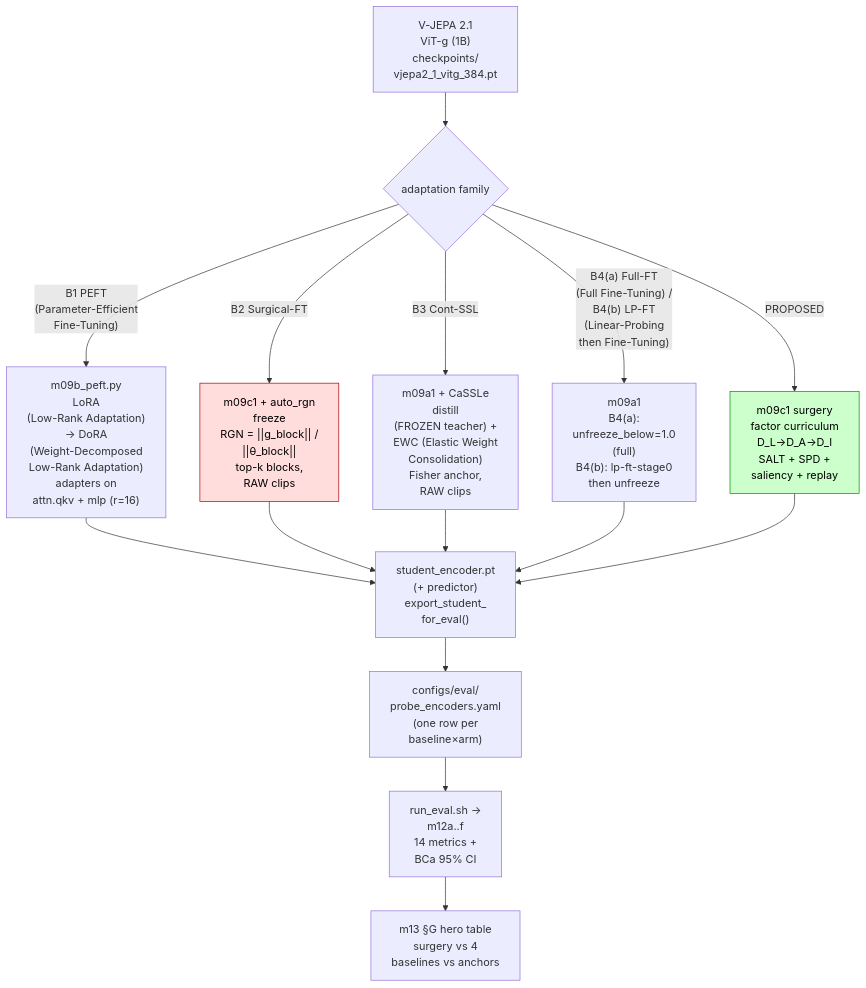
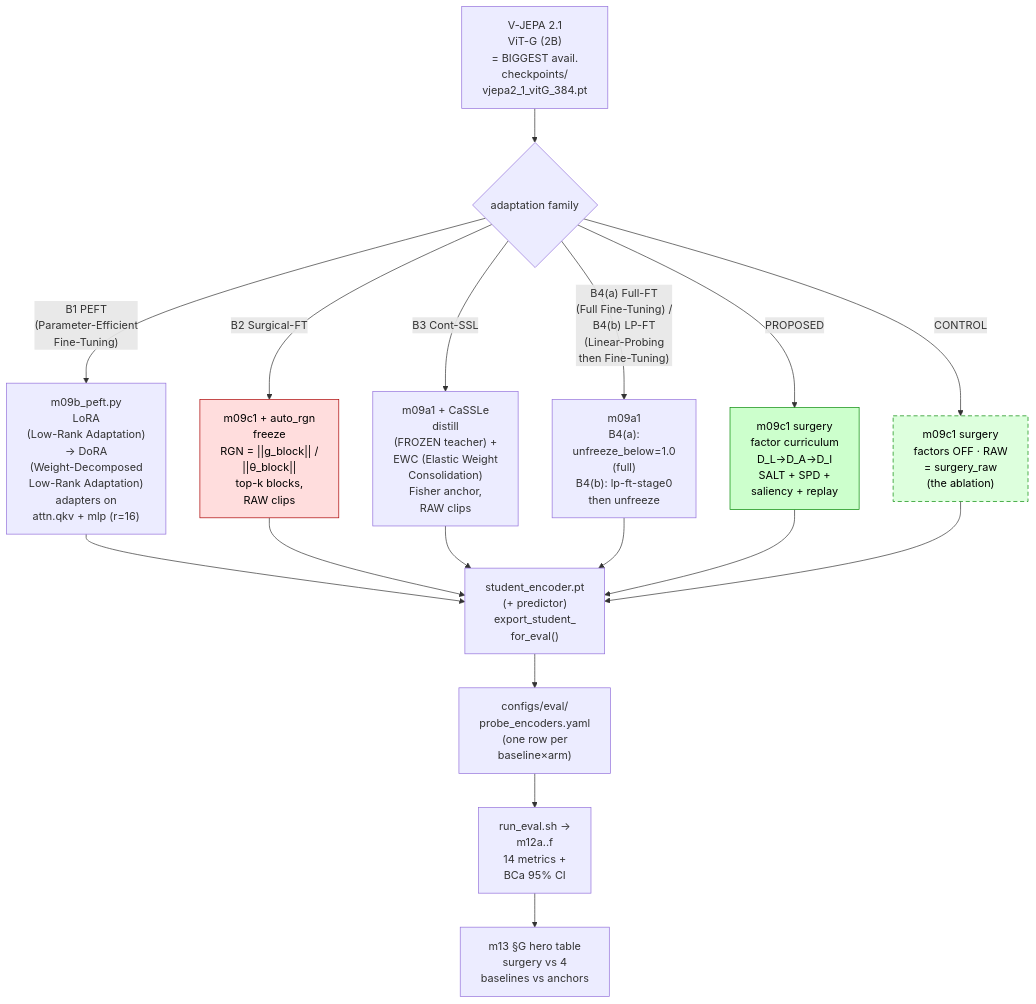
The second of 3 diagrams in iter/iter18_ablations_FTtechniues/plan_baselines_roadmap.md (kapilw25/LLM_asAgent_3D_SR), drawn with Mermaid before and after one commit. The commit also changed other lines of this file and 22 other files, not shown here.

````diff
--- a/iter/iter18_ablations_FTtechniues/plan_baselines_roadmap.md
+++ b/iter/iter18_ablations_FTtechniues/plan_baselines_roadmap.md
@@ -196,18 +202,20 @@
 ```mermaid
 flowchart TD
-    CKPT["V-JEPA 2.1<br>ViT-g (1B)<br>checkpoints/<br>vjepa2_1_vitg_384.pt"] --> SEL{adaptation family}
+    CKPT["V-JEPA 2.1<br>ViT-G (2B)<br>= BIGGEST avail.<br>checkpoints/<br>vjepa2_1_vitG_384.pt"] --> SEL{adaptation family}
 
     SEL -->|"B1 PEFT<br>(Parameter-Efficient<br>Fine-Tuning)"| B1["m09b_peft.py<br>LoRA<br>(Low-Rank Adaptation)<br>→ DoRA<br>(Weight-Decomposed<br>Low-Rank Adaptation)<br>adapters on<br>attn.qkv + mlp (r=16)"]
     SEL -->|"B2 Surgical-FT"| B2["m09c1 + auto_rgn<br>freeze<br>RGN = ||g_block|| /<br>||θ_block||<br>top-k blocks,<br>RAW clips"]
     SEL -->|"B3 Cont-SSL"| B3["m09a1 + CaSSLe<br>distill<br>(FROZEN teacher) +<br>EWC (Elastic Weight<br>Consolidation)<br>Fisher anchor,<br>RAW clips"]
     SEL -->|"B4(a) Full-FT<br>(Full Fine-Tuning) /<br>B4(b) LP-FT<br>(Linear-Probing<br>then Fine-Tuning)"| B4["m09a1<br>B4(a):<br>unfreeze_below=1.0<br>(full)<br>B4(b): lp-ft-stage0<br>then unfreeze"]
     SEL -->|"PROPOSED"| S["m09c1 surgery<br>factor curriculum<br>D_L→D_A→D_I<br>SALT + SPD +<br>saliency + replay"]
+    SEL -->|"CONTROL"| SR["m09c1 surgery<br>factors OFF · RAW<br>= surgery_raw<br>(the ablation)"]
 
-    B1 & B2 & B3 & B4 & S --> EXP["student_encoder.pt<br>(+ predictor)<br>export_student_<br>for_eval()"]
+    B1 & B2 & B3 & B4 & S & SR --> EXP["student_encoder.pt<br>(+ predictor)<br>export_student_<br>for_eval()"]
     EXP --> REG["configs/eval/<br>probe_encoders.yaml<br>(one row per<br>baseline×arm)"]
     REG --> EVAL["run_eval.sh →<br>m12a..f<br>14 metrics +<br>BCa 95% CI"]
     EVAL --> HERO["m13 §G hero table<br>surgery vs 4<br>baselines vs anchors"]
 
     style S fill:#cfc,stroke:#080,color:#000
+    style SR fill:#dfd,stroke:#080,stroke-dasharray:6 4,color:#000
     style B2 fill:#fdd,stroke:#a00,color:#000
 ```
````
